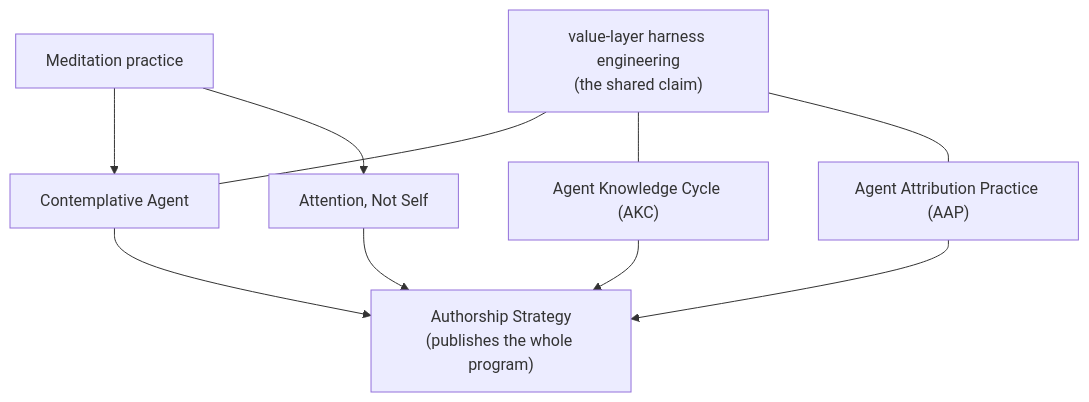
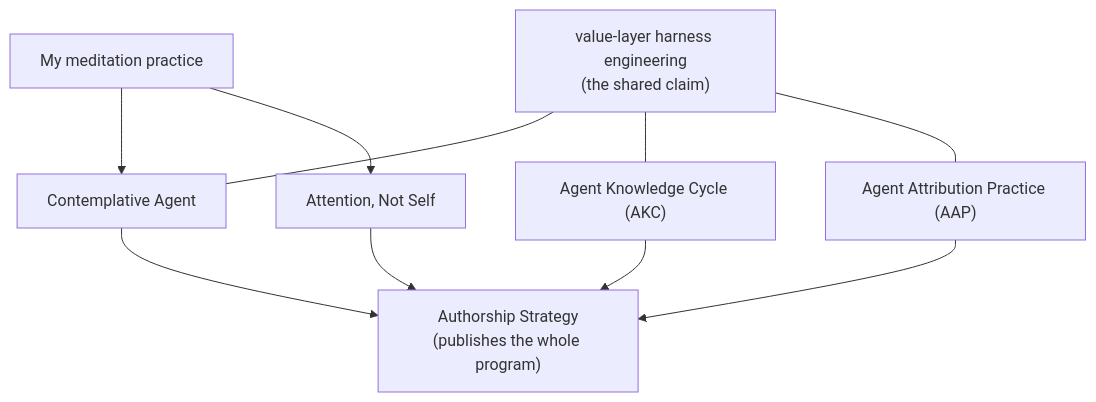
The diagram in README.md (shimo4228/shimo4228), drawn with Mermaid before and after one commit. The commit also changed other lines of this file and 1 other file, not shown here.

Commit message:
docs(readme): add paragraph breaks and personalize meditation/Buddhism phrasing

````diff
--- a/README.md
+++ b/README.md
@@ -27,9 +33,9 @@
 ```mermaid
 graph TD
-    M["Meditation practice"] --> CA["Contemplative Agent"]
+    M["My meditation practice"] --> CA["Contemplative Agent"]
     M --> ANS["Attention, Not Self"]
     V["value-layer harness engineering<br>(the shared claim)"] --- CA
     V --- AKC["Agent Knowledge Cycle (AKC)"]
     V --- AAP["Agent Attribution Practice (AAP)"]
     CA & AKC & AAP & ANS --> AS["Authorship Strategy<br>(publishes the whole program)"]
 ```
````
